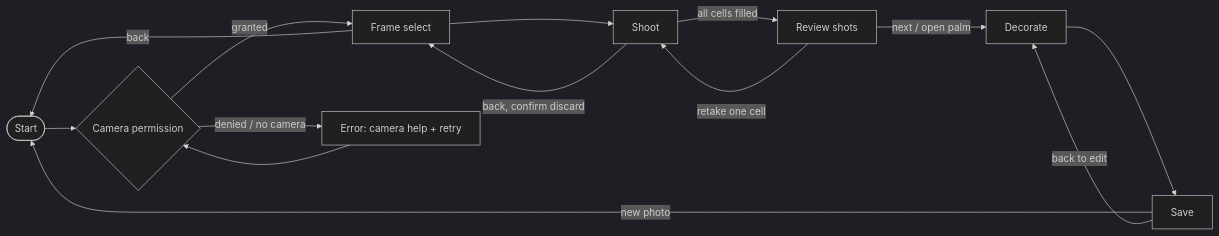
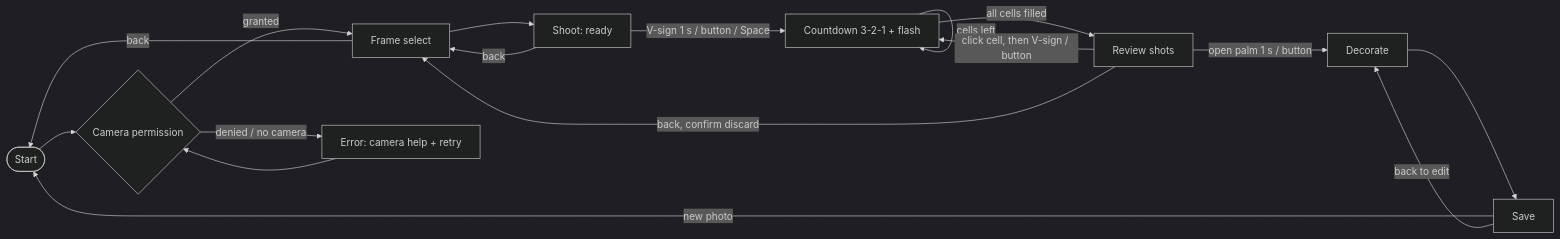
The diagram in docs/user-flow.md (909back/ssu-mediatech-final-project), drawn with Mermaid (dark theme) before and after one commit. The commit also changed other lines of this file, not shown here.

Commit message:
User flow v2: shoot listens for V-sign immediately, visible hand feedback, 8-shot card

````diff
--- a/docs/user-flow.md
+++ b/docs/user-flow.md
@@ -11,16 +13,19 @@
 ```mermaid
 flowchart LR
   S0([Start]) --> P{Camera permission}
   P -- granted --> F[Frame select]
   P -- denied / no camera --> E1[Error: camera help + retry]
   E1 --> P
-  F --> SH[Shoot]
-  SH -->|all cells filled| RV[Review shots]
-  RV -->|retake one cell| SH
-  RV -->|next / open palm| D[Decorate]
+  F --> RD[Shoot: ready]
+  RD -->|V-sign 1 s / button / Space| CD[Countdown 3-2-1 + flash]
+  CD -->|cells left| CD
+  CD -->|all cells filled| RV[Review shots]
+  RV -->|click cell, then V-sign / button| CD
+  RV -->|open palm 1 s / button| D[Decorate]
   D --> SV[Save]
   SV -->|new photo| S0
   SV -->|back to edit| D
   F -->|back| S0
-  SH -->|back, confirm discard| F
+  RD -->|back| F
+  RV -->|back, confirm discard| F
 ```
````
